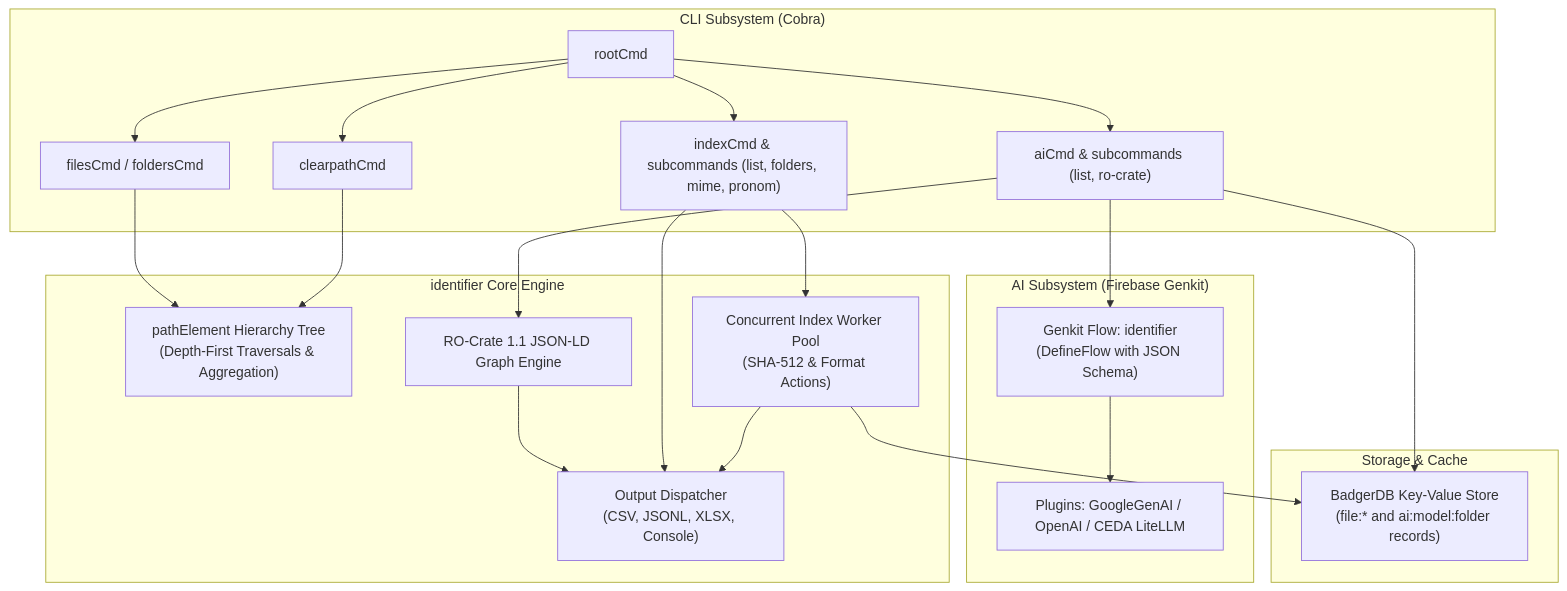
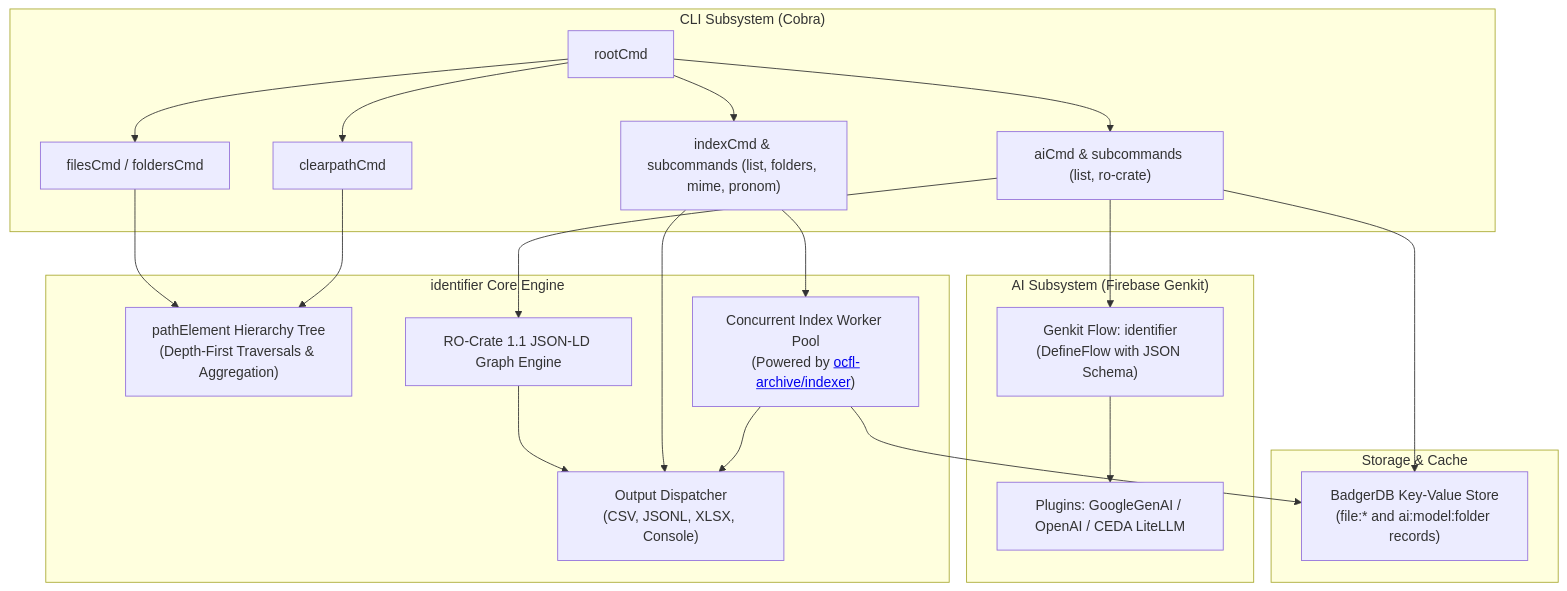
The first of 4 diagrams in docs/ARCHITECTURE.md (ocfl-archive/identifier), drawn with Mermaid before and after one commit. The commit also changed other lines of this file and 7 other files, not shown here.

````diff
--- a/docs/ARCHITECTURE.md
+++ b/docs/ARCHITECTURE.md
@@ -9,44 +9,44 @@
 ```mermaid
 graph TB
     subgraph CLI["CLI Subsystem (Cobra)"]
         CmdRoot["rootCmd"]
         CmdClear["clearpathCmd"]
         CmdFiles["filesCmd / foldersCmd"]
         CmdIndex["indexCmd & subcommands (list, folders, mime, pronom)"]
         CmdAI["aiCmd & subcommands (list, ro-crate)"]
     end
 
     subgraph Core["identifier Core Engine"]
         PathTree["pathElement Hierarchy Tree<br/>(Depth-First Traversals & Aggregation)"]
-        WorkerPool["Concurrent Index Worker Pool<br/>(SHA-512 & Format Actions)"]
+        WorkerPool["Concurrent Index Worker Pool<br/>(Powered by <a href='https://github.com/ocfl-archive/indexer/blob/master'>ocfl-archive/indexer</a>)"]
         MultiOut["Output Dispatcher<br/>(CSV, JSONL, XLSX, Console)"]
         RoCrateEngine["RO-Crate 1.1 JSON-LD Graph Engine"]
     end
 
     subgraph Storage["Storage & Cache"]
         BadgerKV["BadgerDB Key-Value Store<br/>(file:* and ai:model:folder records)"]
     end
 
     subgraph AI["AI Subsystem (Firebase Genkit)"]
         GenkitFlow["Genkit Flow: identifier<br/>(DefineFlow with JSON Schema)"]
         GenkitPlugins["Plugins: GoogleGenAI / OpenAI / CEDA LiteLLM"]
     end
 
     CmdRoot --> CmdClear
     CmdRoot --> CmdFiles
     CmdRoot --> CmdIndex
     CmdRoot --> CmdAI
 
     CmdClear --> PathTree
     CmdFiles --> PathTree
     CmdIndex --> WorkerPool
     WorkerPool --> BadgerKV
     WorkerPool --> MultiOut
     CmdIndex --> MultiOut
 
     CmdAI --> GenkitFlow
     GenkitFlow --> GenkitPlugins
     CmdAI --> BadgerKV
     CmdAI --> RoCrateEngine
     RoCrateEngine --> MultiOut
 ```
````
